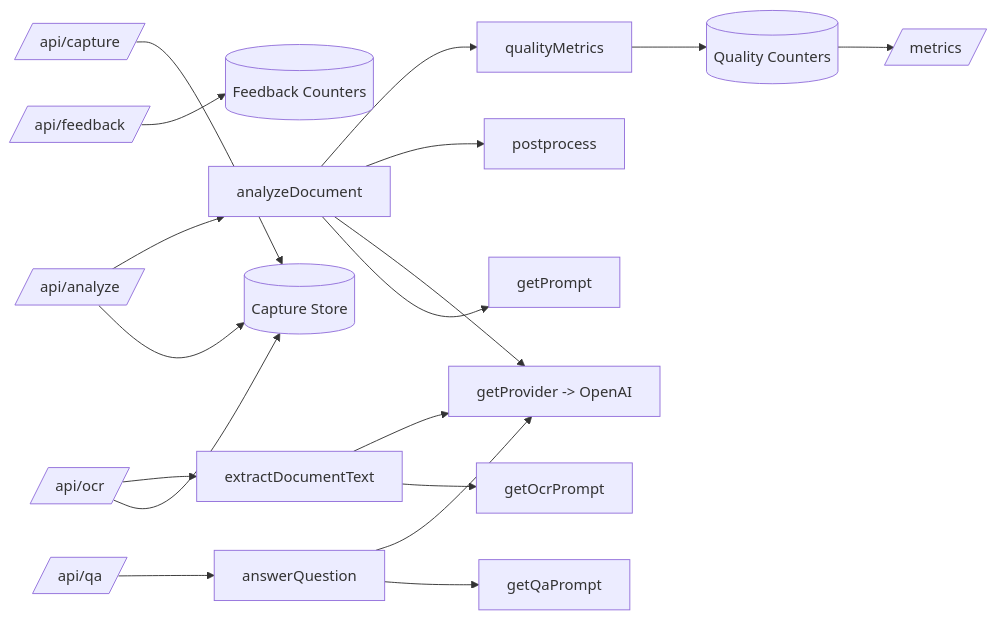
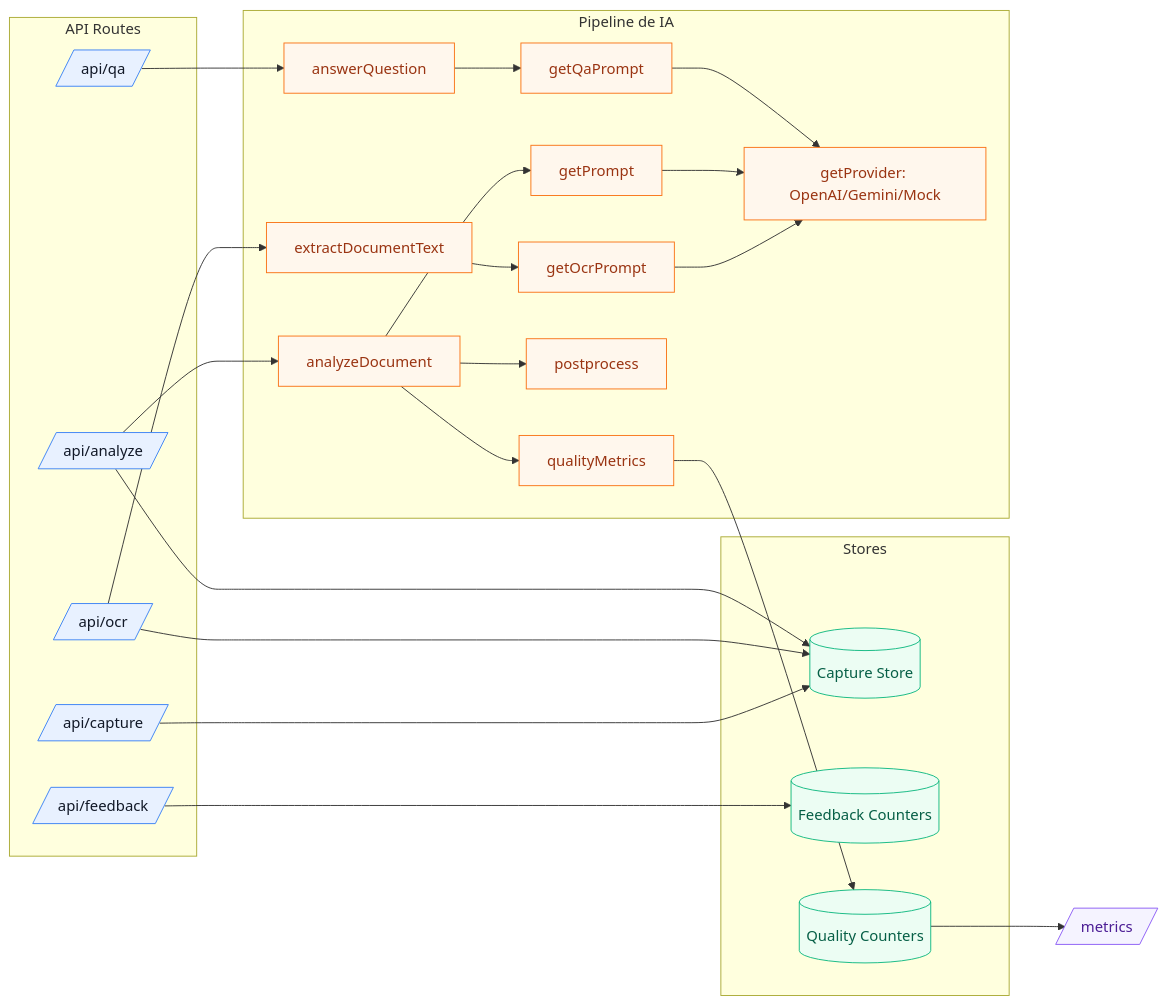
The diagram in docs/architecture/diagrams/C3.md (raferbati-br/entenda-o-documento), drawn with Mermaid before and after one commit. The commit also changed other lines of this file and 26 other files, not shown here.

````diff
--- a/docs/architecture/diagrams/C3.md
+++ b/docs/architecture/diagrams/C3.md
@@ -28,20 +28,57 @@
 ```mermaid
 flowchart LR
-  Capture[/api/capture/] --> Store[(Capture Store)]
-  Ocr[/api/ocr/] --> Store
-  Analyze[/api/analyze/] --> Store
-  Feedback[/api/feedback/] --> FeedbackStore[(Feedback Counters)]
-  Qa[/api/qa/] --> QaFlow[answerQuestion]
-  QaFlow --> QaPrompt[getQaPrompt]
-  QaFlow --> Provider
-  Ocr --> OcrFlow[extractDocumentText]
-  OcrFlow --> OcrPrompt[getOcrPrompt]
-  OcrFlow --> Provider
-  Analyze --> AnalyzeDoc[analyzeDocument]
-  AnalyzeDoc --> Prompt[getPrompt]
-  AnalyzeDoc --> Provider[getProvider -> OpenAI]
-  AnalyzeDoc --> Postprocess[postprocess]
-  AnalyzeDoc --> Metrics[qualityMetrics]
-  Metrics --> MetricsStore[(Quality Counters)]
-  MetricsStore --> MetricsDash[/metrics/]
+  %% API Routes
+  subgraph API[API Routes]
+    Capture[/api/capture/]
+    Ocr[/api/ocr/]
+    Analyze[/api/analyze/]
+    Qa[/api/qa/]
+    Feedback[/api/feedback/]
+  end
+
+  %% Stores
+  subgraph Stores[Stores]
+    CaptureStore[(Capture Store)]
+    FeedbackStore[(Feedback Counters)]
+    MetricsStore[(Quality Counters)]
+  end
+
+  %% AI Pipeline
+  subgraph AI[Pipeline de IA]
+    OcrFlow[extractDocumentText]
+    OcrPrompt[getOcrPrompt]
+    AnalyzeDoc[analyzeDocument]
+    MainPrompt[getPrompt]
+    QaFlow[answerQuestion]
+    QaPrompt[getQaPrompt]
+    Postprocess[postprocess]
+    Metrics[qualityMetrics]
+    Provider[getProvider: OpenAI/Gemini/Mock]
+  end
+
+  %% Dashboard
+  MetricsDash[/metrics/]
+
+  Capture --> CaptureStore
+  Ocr --> CaptureStore
+  Analyze --> CaptureStore
+  Feedback --> FeedbackStore
+
+  Ocr --> OcrFlow --> OcrPrompt --> Provider
+  Analyze --> AnalyzeDoc --> MainPrompt --> Provider
+  AnalyzeDoc --> Postprocess
+  AnalyzeDoc --> Metrics --> MetricsStore --> MetricsDash
+
+  Qa --> QaFlow --> QaPrompt --> Provider
+
+  %% Cores
+  classDef api fill:#e8f1ff,stroke:#3b82f6,stroke-width:1px,color:#111827;
+  classDef store fill:#ecfdf3,stroke:#10b981,stroke-width:1px,color:#065f46;
+  classDef ai fill:#fff7ed,stroke:#f97316,stroke-width:1px,color:#9a3412;
+  classDef dash fill:#f5f3ff,stroke:#8b5cf6,stroke-width:1px,color:#4c1d95;
+
+  class Capture,Ocr,Analyze,Qa,Feedback api;
+  class CaptureStore,FeedbackStore,MetricsStore store;
+  class OcrFlow,OcrPrompt,AnalyzeDoc,MainPrompt,QaFlow,QaPrompt,Postprocess,Metrics,Provider ai;
+  class MetricsDash dash;
 ```
````
